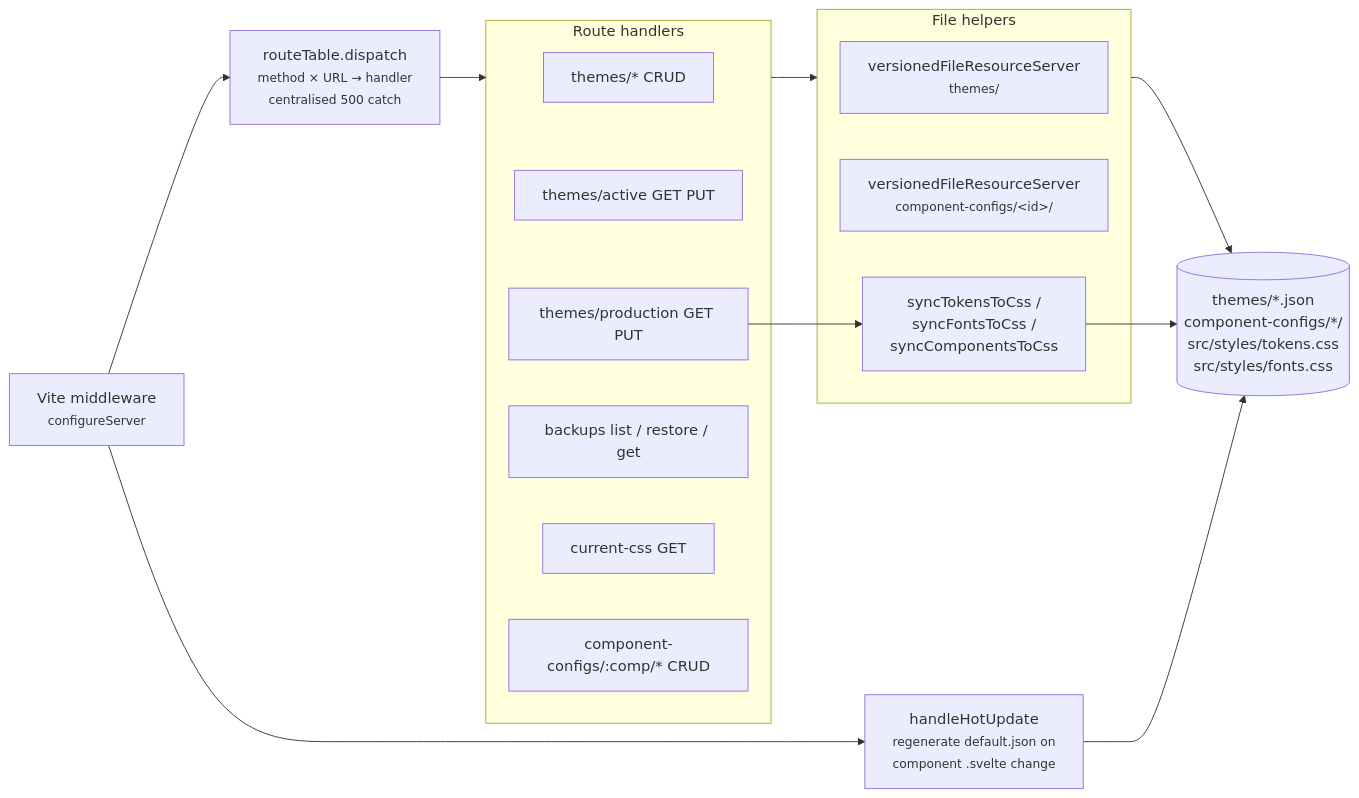
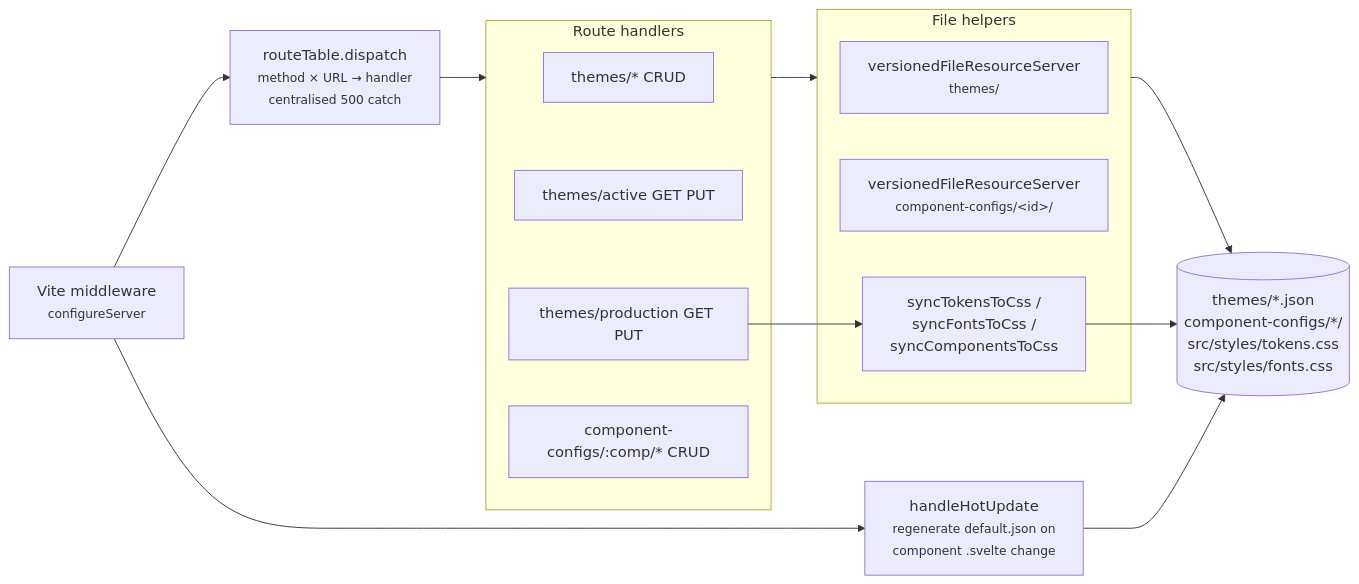
The sixth of 6 diagrams in docs/02-architecture.md (motionproto/live-tokens), drawn with Mermaid before and after one commit. The commit also changed other lines of this file and 65 other files, not shown here.

````diff
--- a/docs/02-architecture.md
+++ b/docs/02-architecture.md
@@ -246,30 +246,28 @@
 ```mermaid
 flowchart LR
     Vite["Vite middleware<br/><small>configureServer</small>"]
     Dispatch["routeTable.dispatch<br/><small>method × URL → handler<br/>centralised 500 catch</small>"]
 
     subgraph Handlers["Route handlers"]
         Themes["themes/* CRUD"]
         Active["themes/active GET PUT"]
         Production["themes/production GET PUT"]
-        Backups["backups list / restore / get"]
-        CurrentCss["current-css GET"]
         Comps["component-configs/:comp/* CRUD"]
     end
 
     subgraph Helpers["File helpers"]
         ThemeRes["versionedFileResourceServer<br/><small>themes/</small>"]
         CompRes["versionedFileResourceServer<br/><small>component-configs/&lt;id&gt;/</small>"]
         Sync["syncTokensToCss /<br/>syncFontsToCss /<br/>syncComponentsToCss"]
     end
 
     FS[("themes/*.json<br/>component-configs/*/<br/>src/styles/tokens.css<br/>src/styles/fonts.css")]
     HotUpdate["handleHotUpdate<br/><small>regenerate default.json on<br/>component .svelte change</small>"]
 
     Vite --> Dispatch --> Handlers
     Handlers --> Helpers
     Helpers --> FS
     Production --> Sync
     Sync --> FS
     Vite --> HotUpdate --> FS
 ```
````
